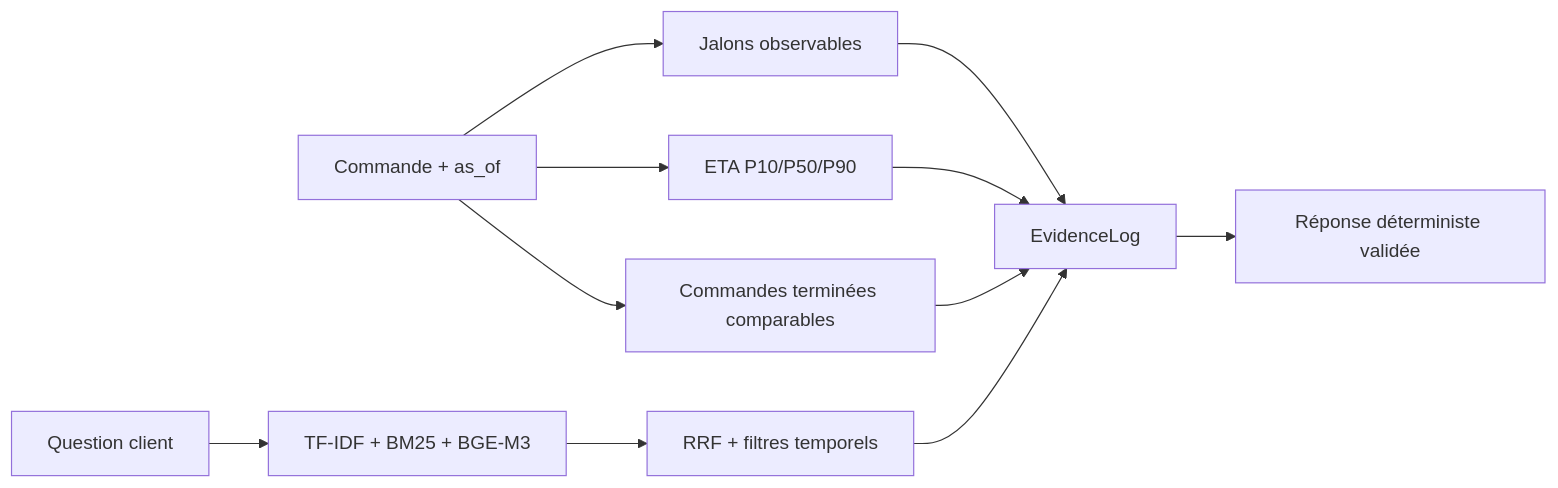
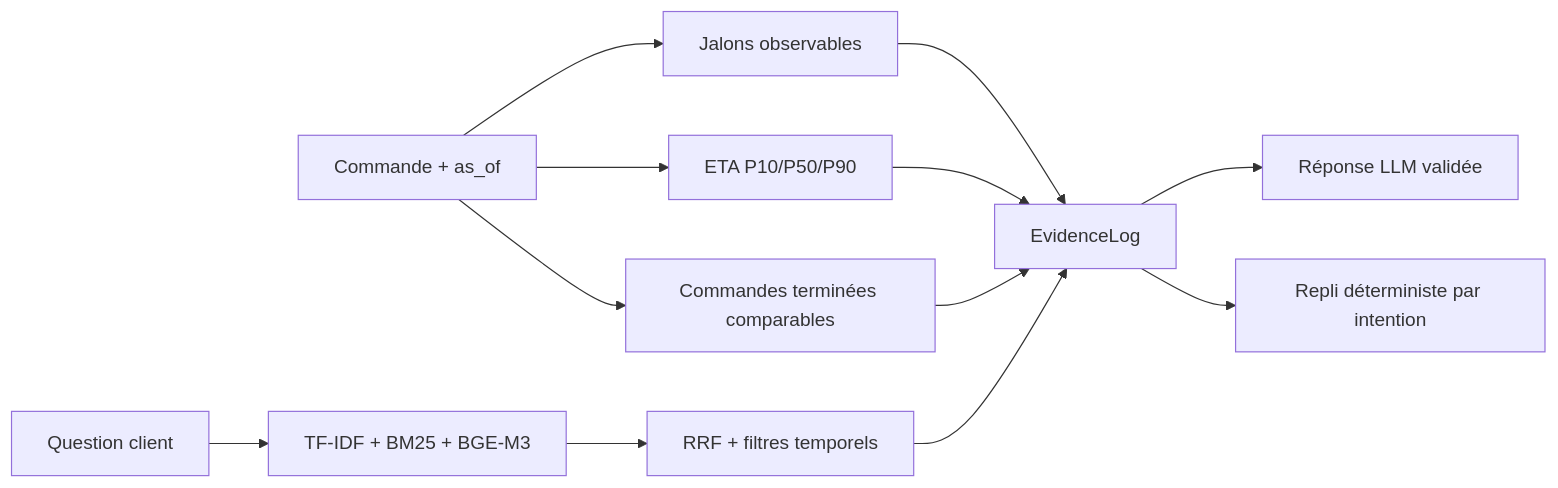
One commit to mariembouchaddakh/ShopInsight changed the diagram in docs/agents_BO4.md. Above: the diagram before and after it, drawn with Mermaid. The commit also changed other lines of this file and 18 other files, not shown here.

````diff
--- a/docs/agents_BO4.md
+++ b/docs/agents_BO4.md
@@ -7,13 +7,14 @@
 ```mermaid
 flowchart LR
   A[Commande + as_of] --> B[Jalons observables]
   A --> C[ETA P10/P50/P90]
   A --> D[Commandes terminées comparables]
   Q[Question client] --> E[TF-IDF + BM25 + BGE-M3]
   E --> F[RRF + filtres temporels]
   B --> G[EvidenceLog]
   C --> G
   D --> G
   F --> G
-  G --> H[Réponse déterministe validée]
+  G --> H[Réponse LLM validée]
+  G --> I[Repli déterministe par intention]
 ```
````
